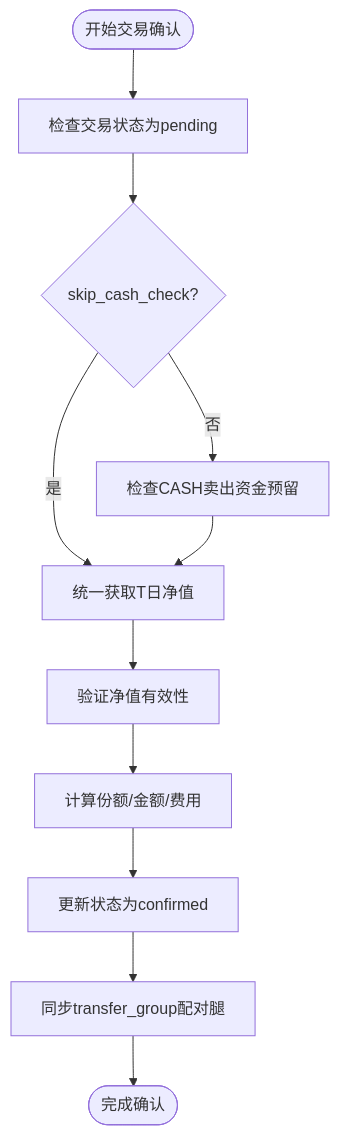
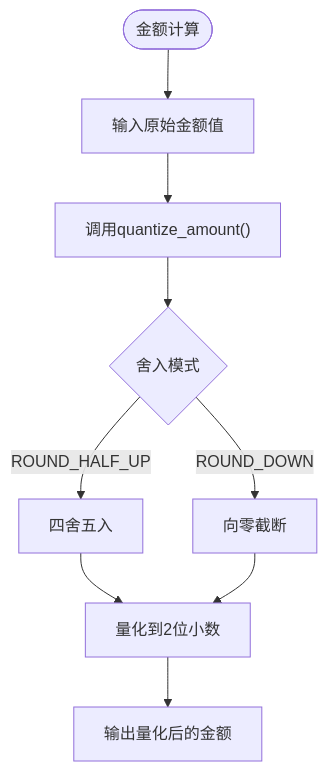
The third of 15 diagrams in .qoder/repowiki/zh/content/核心业务功能/交易处理.md (gujialind/InvestRing), drawn with Mermaid before and after one commit. The commit also changed other lines of this file and 65 other files, not shown here.

````diff
--- a/.qoder/repowiki/zh/content/核心业务功能/交易处理.md
+++ b/.qoder/repowiki/zh/content/核心业务功能/交易处理.md
@@ -219,13 +247,11 @@
 ```mermaid
 flowchart TD
-Start(["开始交易确认"]) --> CheckStatus["检查交易状态为pending"]
-CheckStatus --> CheckSkip{"skip_cash_check?"}
-CheckSkip --> |是| GetNav["统一获取T日净值"]
-CheckSkip --> |否| CashReserve["检查CASH卖出资金预留"]
-CashReserve --> GetNav
-GetNav --> ValidateNav["验证净值有效性"]
-ValidateNav --> CalcShares["计算份额/金额/费用"]
-CalcShares --> UpdateStatus["更新状态为confirmed"]
-UpdateStatus --> SyncPair["同步transfer_group配对腿"]
-SyncPair --> Complete(["完成确认"])
+Start(["金额计算"]) --> Input["输入原始金额值"]
+Input --> Quantize["调用quantize_amount()"]
+Quantize --> RoundMode{"舍入模式"}
+RoundMode --> |ROUND_HALF_UP| HalfUp["四舍五入"]
+RoundMode --> |ROUND_DOWN| Down["向零截断"]
+HalfUp --> TwoDecimals["量化到2位小数"]
+Down --> TwoDecimals
+TwoDecimals --> Output["输出量化后的金额"]
 ```
````
